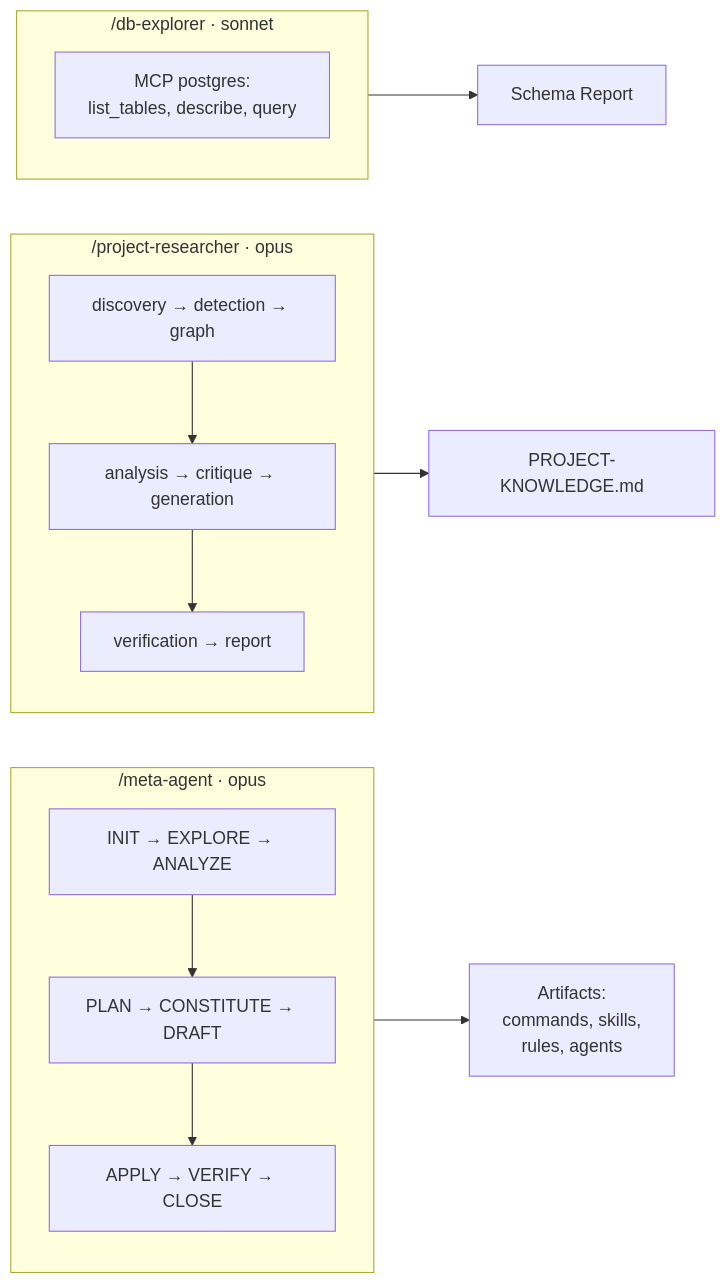
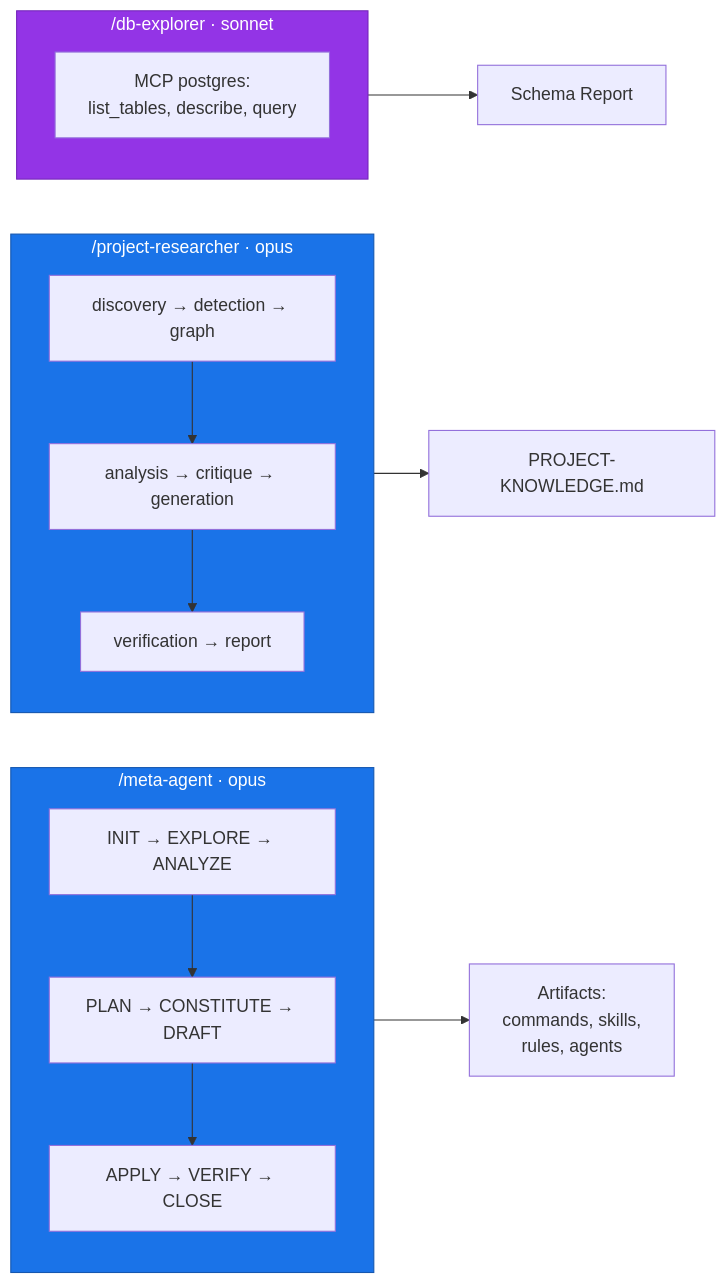
Before and after one commit to hex0xdeadbeef/claude-kit: the third of 5 diagrams in README.md, drawn with Mermaid. The commit also changed other lines of this file, not shown here.

````diff
--- a/README.md
+++ b/README.md
@@ -284,19 +290,23 @@
 ```mermaid
 flowchart LR
     subgraph META ["/meta-agent · opus"]
         direction TB
         MA1["INIT → EXPLORE → ANALYZE"] --> MA2["PLAN → CONSTITUTE → DRAFT"] --> MA3["APPLY → VERIFY → CLOSE"]
     end
     META --> ART["Artifacts:<br/>commands, skills,<br/>rules, agents"]
 
     subgraph PROJ ["/project-researcher · opus"]
         direction TB
         PR1["discovery → detection → graph"] --> PR2["analysis → critique → generation"] --> PR3["verification → report"]
     end
     PROJ --> PK["PROJECT-KNOWLEDGE.md"]
 
     subgraph DBE ["/db-explorer · sonnet"]
         DB_TOOLS["MCP postgres:<br/>list_tables, describe, query"]
     end
     DBE --> SCH["Schema Report"]
+
+    style META fill:#1a73e8,color:#fff,stroke:#1557b0
+    style PROJ fill:#1a73e8,color:#fff,stroke:#1557b0
+    style DBE fill:#9334e6,color:#fff,stroke:#7627bb
 ```
````
